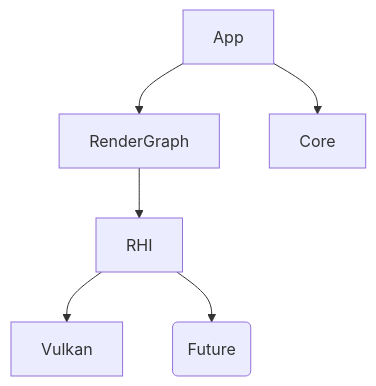
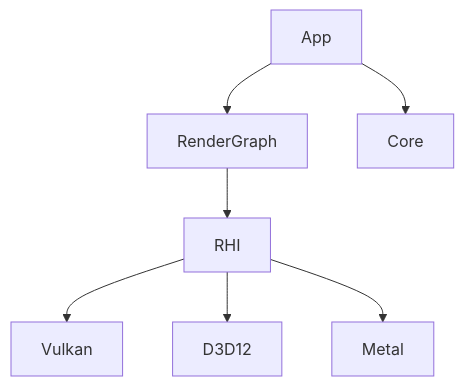
Before and after one commit to BusinessDirt/obsidian-vault: the diagram in 01 - Projects/Mixture/Index.md, drawn with Mermaid. The commit also changed other lines of this file and 2 other files, not shown here.

Commit message:
vault backup: 2026-01-01 09:05:09

````diff
--- a/01 - Projects/Mixture/Index.md
+++ b/01 - Projects/Mixture/Index.md
@@ -30,8 +32,9 @@
 ```mermaid
 graph TD
     App --> RenderGraph
     RenderGraph --> RHI
     RHI --> Vulkan
-    RHI --> DX12(Future)
+    RHI --> D3D12
+    RHI --> Metal
     App --> Core
 ```
````
